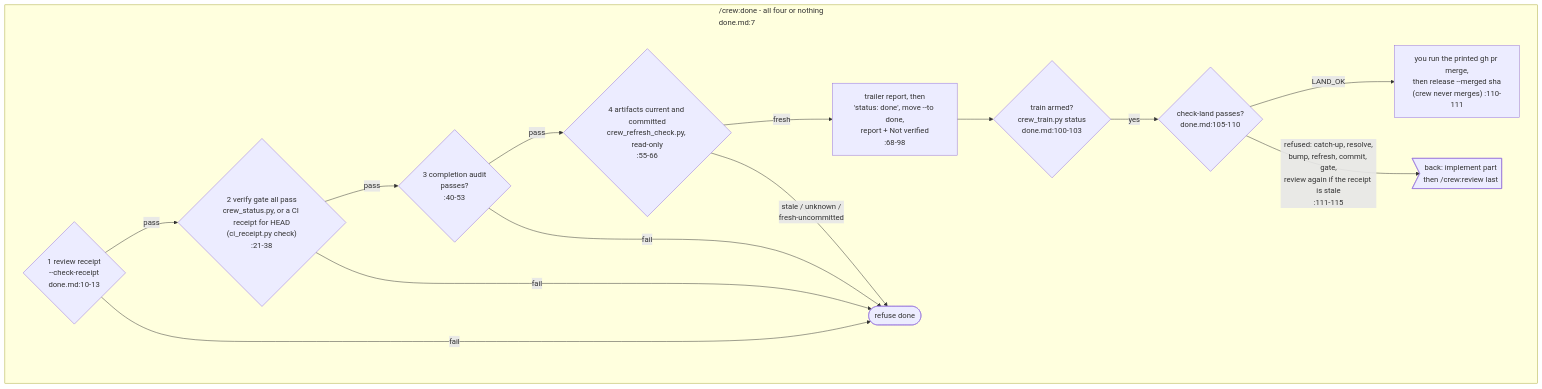
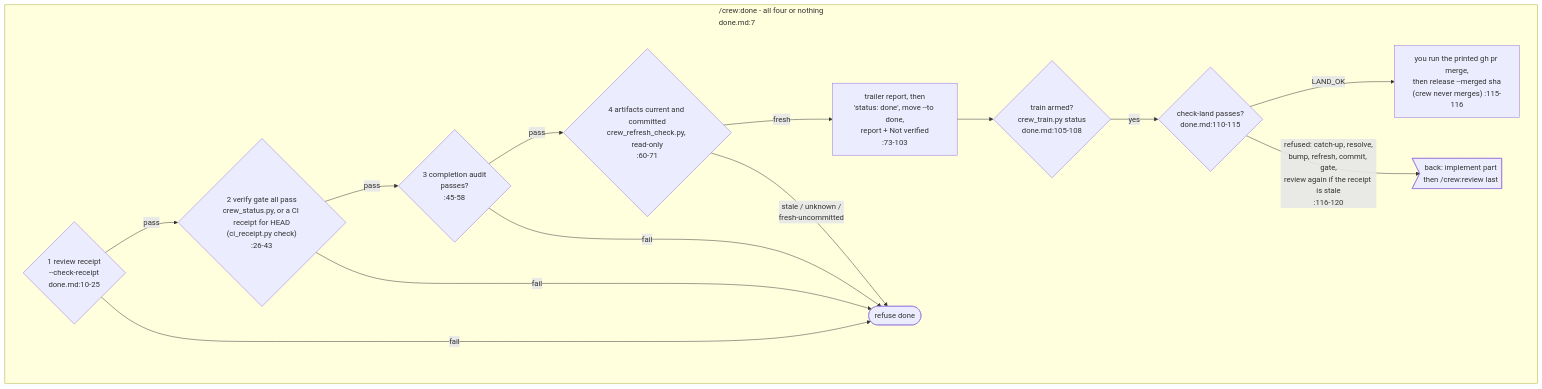
One commit to mbadali25/useful-claude-add-ons changed the diagram in docs/diagrams/process-crew-lifecycle-done.mmd. Above: the diagram before and after it, drawn with Mermaid. The commit also changed 11 other files, not shown here.

```diff
--- a/docs/diagrams/process-crew-lifecycle-done.mmd
+++ b/docs/diagrams/process-crew-lifecycle-done.mmd
@@ -1,54 +1,55 @@
 %% Generated from useful-claude-add-ons@69de978c on 2026-10-04. Verify before trusting.
 %% Anchors: plugin/crew/commands/done.md, plugin/crew/hooks/scripts/crew_ticket.py, plugin/crew/hooks/scripts/completion_audit.py, plugin/crew/hooks/scripts/crew_refresh_check.py, plugin/crew/hooks/scripts/crew_tracker.py, plugin/crew/hooks/scripts/crew_train.py
 %% Purpose: /crew:done's four checks, all of which must pass before the ticket is marked done, and the optional landing through the merge train.
 %% Re-drawn for T-0066 (crew 1.0.328, merging origin/main c9263465, then edb2b8ff, 155fe6d8 and e9364a70, all leaving done.md unchanged): the trailer
 %%    report (done.md:68-76) folded into dn4, which it precedes (a separate node crossed dn1 -> dnx); done.md cites re-read on this tree.
+%% Re-drawn for L-0522 PR 3 (crew 1.1.5): check 1 grew five lines (the delta gate), so every done.md cite after :13 moved +5; no node or edge changed.
 %% One part of the crew lifecycle; process-crew-lifecycle.mmd is the overview and keeps the re-anchor history.
 %% Arrow-shaped nodes ("next:" / "back:" / "again:") stand for a node drawn in the named part.
 %% --
 %% Every node cites the command file's own line; files are named repo-relative
 %% here and by basename in the nodes (all under plugin/crew/commands/ unless
 %% named otherwise):
-%%   plugin/crew/commands/done.md:7 all four checks must pass; :10-13 check 1
-%%     review receipt (--check-receipt); :21-38 check 2 verify gate via
-%%     crew_status.py (:27); :40-43 check 3 completion audit (:48-53: a refresh artifact
-%%     not admitted is listed with its reason); :55-66 check 4
-%%     crew_refresh_check.py (:58), read-only, refuses on stale/unknown/fresh-uncommitted (T-0063) and never
-%%     refreshes; :68-76 the forbidden-trailer report (never refuses); :78-84 all
-%%     pass -> spec.md `status: done`, keeping the approval (:80-81), then
-%%     crew_tracker.py move --to done (:82); :89 crew_metrics record;
-%%     :96-98 the report, ending with **Not verified:** (T-0041).
+%%   plugin/crew/commands/done.md:7 all four checks must pass; :10-25 check 1
+%%     review receipt (--check-receipt); :26-43 check 2 verify gate via
+%%     crew_status.py (:32); :45-48 check 3 completion audit (:53-58: a refresh artifact
+%%     not admitted is listed with its reason); :60-71 check 4
+%%     crew_refresh_check.py (:63), read-only, refuses on stale/unknown/fresh-uncommitted (T-0063) and never
+%%     refreshes; :73-81 the forbidden-trailer report (never refuses); :83-89 all
+%%     pass -> spec.md `status: done`, keeping the approval (:85-86), then
+%%     crew_tracker.py move --to done (:87); :94 crew_metrics record;
+%%     :101-103 the report, ending with **Not verified:** (T-0041).
 %%   Re-read at 69de978c (T-0041): every done.md citation in this file re-derived
 %%     with grep -n; the f808e5f0 positions below check 2 were already behind the
 %%     file before T-0041, which added step 5 (:86-89) and moved the train by four.
 %%   Batch 6 merge with main (T-0066's trailer report at done.md:68-76): every
 %%     done.md citation above and in the nodes re-taken by grep -n on the merged tree,
 %%     after step 5 and the landing paragraph were re-wrapped to keep done.md at 120 lines.
 %%   Batch 7 merge of T-0063 (#368): check 4 refuses `fresh-uncommitted` too (dn5 relabelled, its
 %%     refusal edge too); done.md re-wrapped back to 120 lines, so every cite above is unchanged.
 %% --
 %% Note dn3: (refresh artifacts: re-anchor or regeneration the change reaches)
-%% Note dn4: first a report, never a check (T-0066, done.md:68-76): crew_trailers.py --check lists
+%% Note dn4: first a report, never a check (T-0066, done.md:73-81): crew_trailers.py --check lists
 %%    git.forbiddenTrailers over the ticket's own commits (git log --first-parent) as clean / FINDING /
 %%    unknown, copied to the close note and PR body; never refuses, never rewrites. Then spec.md
 %%    'status: done' (keeps the approval), crew_tracker.py move --to done, crew_metrics record,
-%%    then the report with its Not verified list (T-0041, done.md:96-98)
+%%    then the report with its Not verified list (T-0041, done.md:101-103)
 %% Note ln1: crew_train.py check-land: holds the train, merge-tree clean, base unmoved in
 %%    Touch, receipt + gate
 %% Note ln2: --merge --match-head-commit sha
 flowchart TB
     subgraph done["/crew:done - all four or nothing<br/>done.md:7"]
-        dn1{"1 review receipt<br/>--check-receipt<br/>done.md:10-13"}
-        dn1 -- pass --> dn2{"2 verify gate all pass<br/>crew_status.py, or a CI receipt for HEAD<br/>(ci_receipt.py check)<br/>:21-38"}
-        dn2 -- pass --> dn3{"3 completion audit<br/>passes?<br/>:40-53"}
-        dn3 -- pass --> dn5{"4 artifacts current and committed<br/>crew_refresh_check.py, read-only<br/>:55-66"}
-        dn5 -- fresh --> dn4["trailer report, then<br/>'status: done', move --to done,<br/>report + Not verified<br/>:68-98"]
+        dn1{"1 review receipt<br/>--check-receipt<br/>done.md:10-25"}
+        dn1 -- pass --> dn2{"2 verify gate all pass<br/>crew_status.py, or a CI receipt for HEAD<br/>(ci_receipt.py check)<br/>:26-43"}
+        dn2 -- pass --> dn3{"3 completion audit<br/>passes?<br/>:45-58"}
+        dn3 -- pass --> dn5{"4 artifacts current and committed<br/>crew_refresh_check.py, read-only<br/>:60-71"}
+        dn5 -- fresh --> dn4["trailer report, then<br/>'status: done', move --to done,<br/>report + Not verified<br/>:73-103"]
         dn1 -- fail --> dnx([refuse done])
         dn2 -- fail --> dnx
         dn3 -- fail --> dnx
         dn5 -- "stale / unknown /<br/>fresh-uncommitted" --> dnx
-        dn4 --> ln0{"train armed?<br/>crew_train.py status<br/>done.md:100-103"}
-        ln0 -- yes --> ln1{"check-land passes?<br/>done.md:105-110"}
-        ln1 -- LAND_OK --> ln2["you run the printed gh pr merge,<br/>then release --merged sha<br/>(crew never merges) :110-111"]
-        ln1 -- "refused: catch-up, resolve,<br/>bump, refresh, commit, gate,<br/>review again if the receipt is stale<br/>:111-115" --> to_im5>"back: implement part<br/>then /crew:review last"]
+        dn4 --> ln0{"train armed?<br/>crew_train.py status<br/>done.md:105-108"}
+        ln0 -- yes --> ln1{"check-land passes?<br/>done.md:110-115"}
+        ln1 -- LAND_OK --> ln2["you run the printed gh pr merge,<br/>then release --merged sha<br/>(crew never merges) :115-116"]
+        ln1 -- "refused: catch-up, resolve,<br/>bump, refresh, commit, gate,<br/>review again if the receipt is stale<br/>:116-120" --> to_im5>"back: implement part<br/>then /crew:review last"]
     end
```
